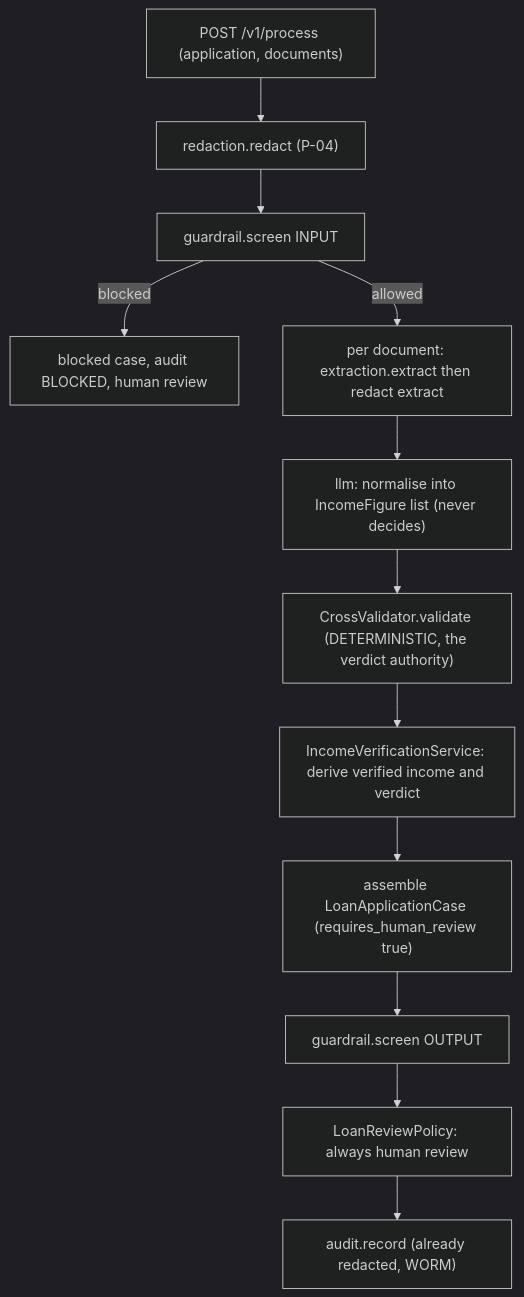
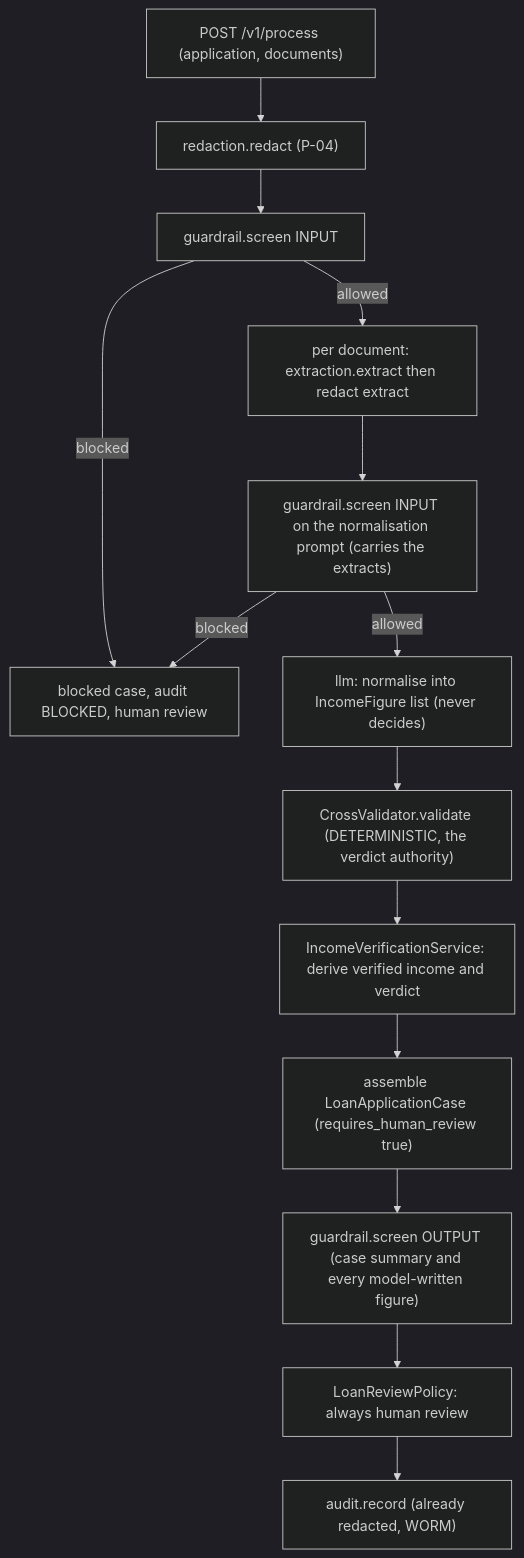
Before and after one commit to portable-genai/loan-document-intelligence: the first of 2 diagrams in README.md, drawn with Mermaid (dark theme). The commit also changed 3 other files, not shown here.

````diff
--- a/README.md
+++ b/README.md
@@ -36,14 +36,16 @@
 ```mermaid
 flowchart TD
   A["POST /v1/process (application, documents)"] --> B["redaction.redact (P-04)"]
   B --> C["guardrail.screen INPUT"]
   C -->|blocked| Z["blocked case, audit BLOCKED, human review"]
   C -->|allowed| D["per document: extraction.extract then redact extract"]
-  D --> E["llm: normalise into IncomeFigure list (never decides)"]
+  D --> D2["guardrail.screen INPUT on the normalisation prompt (carries the extracts)"]
+  D2 -->|blocked| Z
+  D2 -->|allowed| E["llm: normalise into IncomeFigure list (never decides)"]
   E --> F["CrossValidator.validate (DETERMINISTIC, the verdict authority)"]
   F --> G["IncomeVerificationService: derive verified income and verdict"]
   G --> H["assemble LoanApplicationCase (requires_human_review true)"]
-  H --> I["guardrail.screen OUTPUT"]
+  H --> I["guardrail.screen OUTPUT (case summary and every model-written figure)"]
   I --> J["LoanReviewPolicy: always human review"]
   J --> K["audit.record (already redacted, WORM)"]
 ```
````
